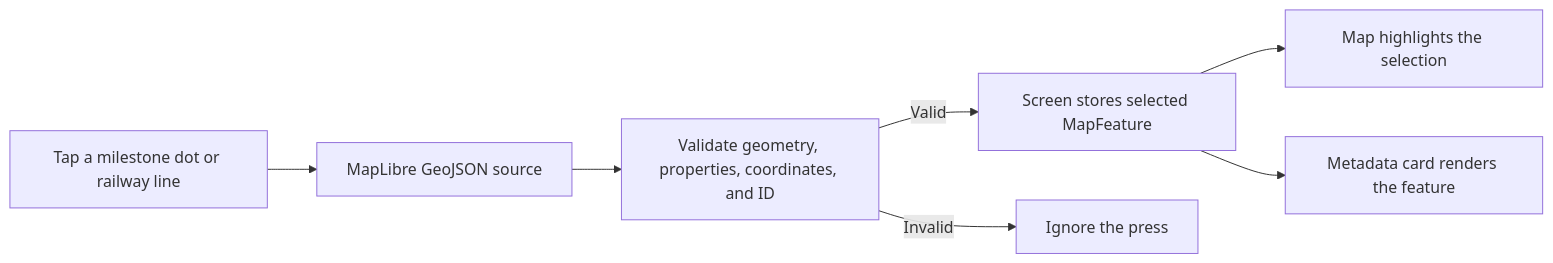
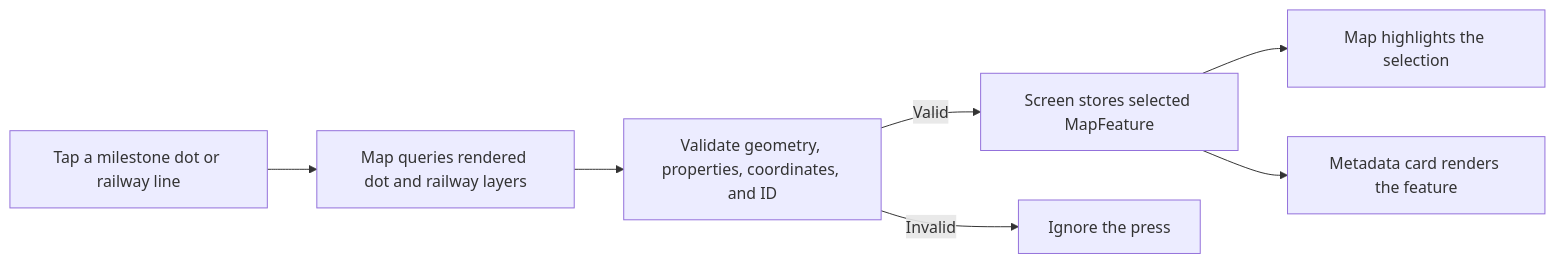
Before and after one commit to LeoooJR/AROW-mobile: the diagram in docs/map-interactivity.md, drawn with Mermaid. The commit also changed other lines of this file and 6 other files, not shown here.

````diff
--- a/docs/map-interactivity.md
+++ b/docs/map-interactivity.md
@@ -5,15 +5,15 @@
 ```mermaid
 flowchart LR
     Tap[Tap a milestone dot or railway line]
-    Source[MapLibre GeoJSON source]
+    Picker[Map queries rendered dot and railway layers]
     Validate[Validate geometry, properties, coordinates, and ID]
     Select[Screen stores selected MapFeature]
     Highlight[Map highlights the selection]
     Card[Metadata card renders the feature]
 
-    Tap --> Source --> Validate
+    Tap --> Picker --> Validate
     Validate -->|Valid| Select
     Validate -->|Invalid| Ignore[Ignore the press]
     Select --> Highlight
     Select --> Card
 ```
````
